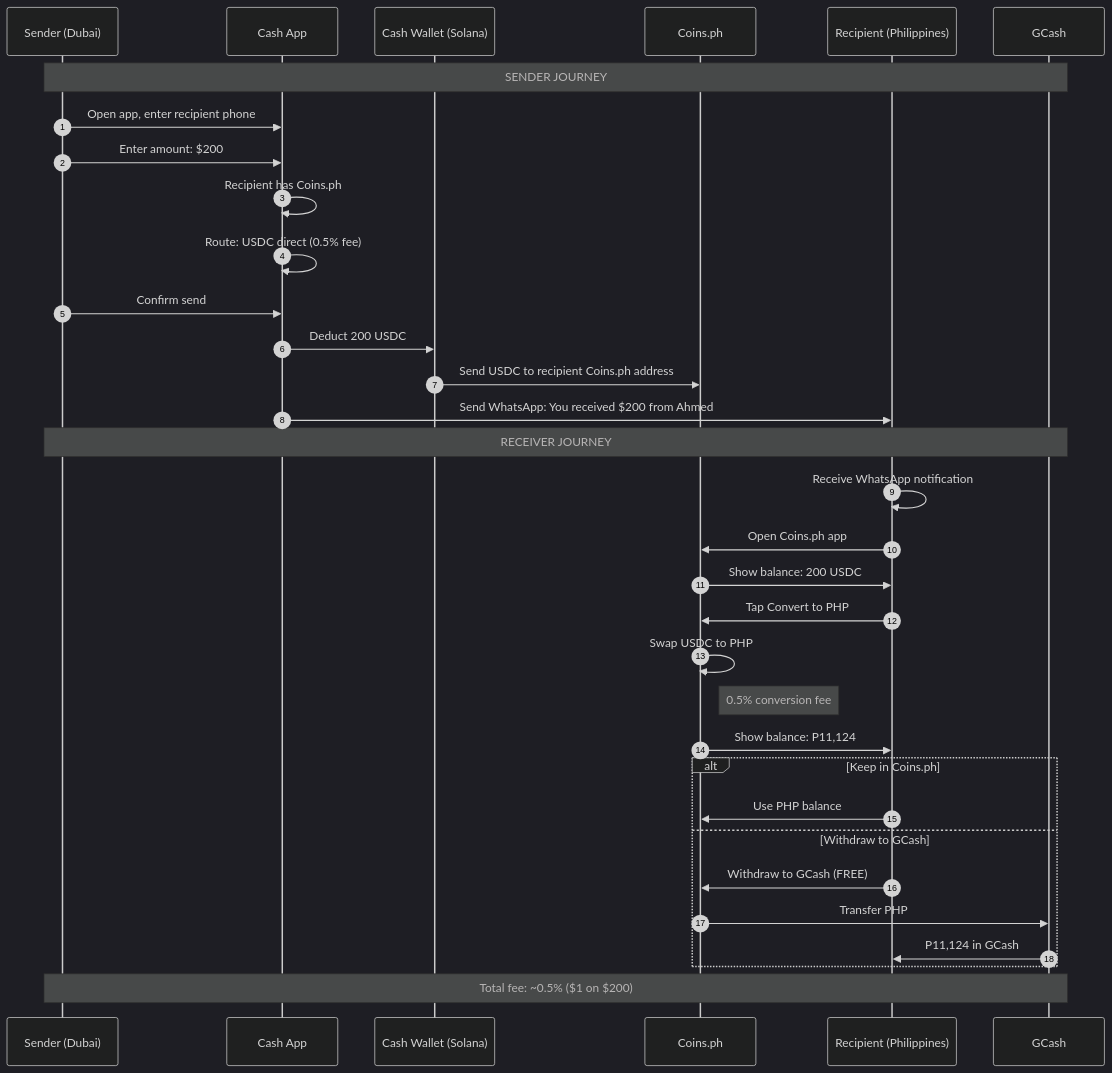
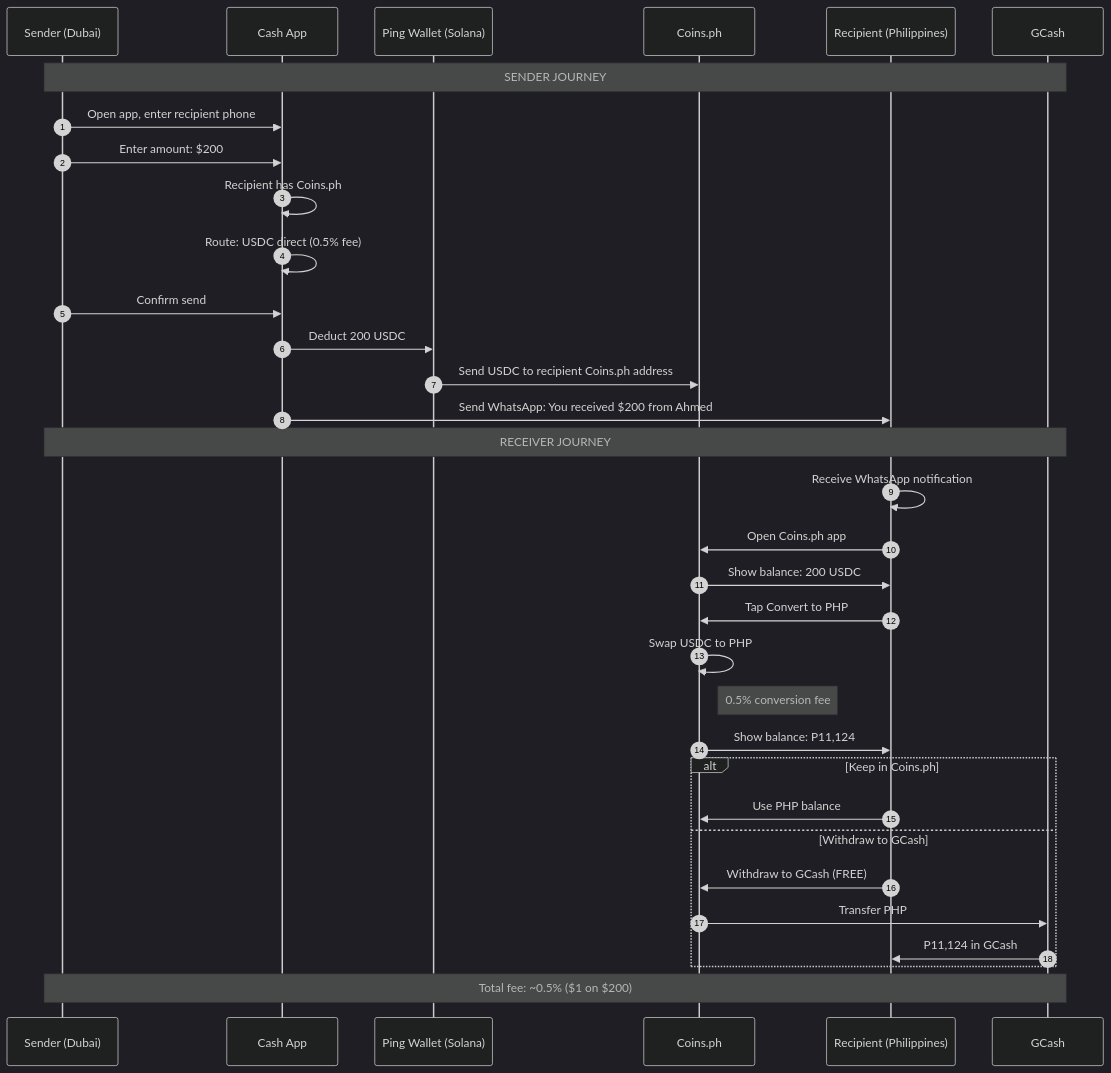
One commit to ping-cash/ping-cash changed the fourth of 11 diagrams in docs/FLOWS.md. Above: the diagram before and after it, drawn with Mermaid (dark theme). The commit also changed other lines of this file and 38 other files, not shown here.

First line of the commit message:
chore: rebrand Cash → Ping; migrate to ping-cash/ping-cash

````diff
--- a/docs/FLOWS.md
+++ b/docs/FLOWS.md
@@ -151,44 +151,44 @@
 ```mermaid
 sequenceDiagram
     autonumber
     participant S as Sender (Dubai)
     participant App as Cash App
-    participant CW as Cash Wallet (Solana)
+    participant CW as Ping Wallet (Solana)
     participant CP as Coins.ph
     participant R as Recipient (Philippines)
     participant GC as GCash
 
     Note over S,GC: SENDER JOURNEY
 
     S->>App: Open app, enter recipient phone
     S->>App: Enter amount: $200
     App->>App: Recipient has Coins.ph
     App->>App: Route: USDC direct (0.5% fee)
     S->>App: Confirm send
 
     App->>CW: Deduct 200 USDC
     CW->>CP: Send USDC to recipient Coins.ph address
 
     App->>R: Send WhatsApp: You received $200 from Ahmed
 
     Note over S,GC: RECEIVER JOURNEY
 
     R->>R: Receive WhatsApp notification
     R->>CP: Open Coins.ph app
     CP->>R: Show balance: 200 USDC
 
     R->>CP: Tap Convert to PHP
     CP->>CP: Swap USDC to PHP
     Note right of CP: 0.5% conversion fee
     CP->>R: Show balance: P11,124
 
     alt Keep in Coins.ph
         R->>CP: Use PHP balance
     else Withdraw to GCash
         R->>CP: Withdraw to GCash (FREE)
         CP->>GC: Transfer PHP
         GC->>R: P11,124 in GCash
     end
 
     Note over S,GC: Total fee: ~0.5% ($1 on $200)
 ```
````
